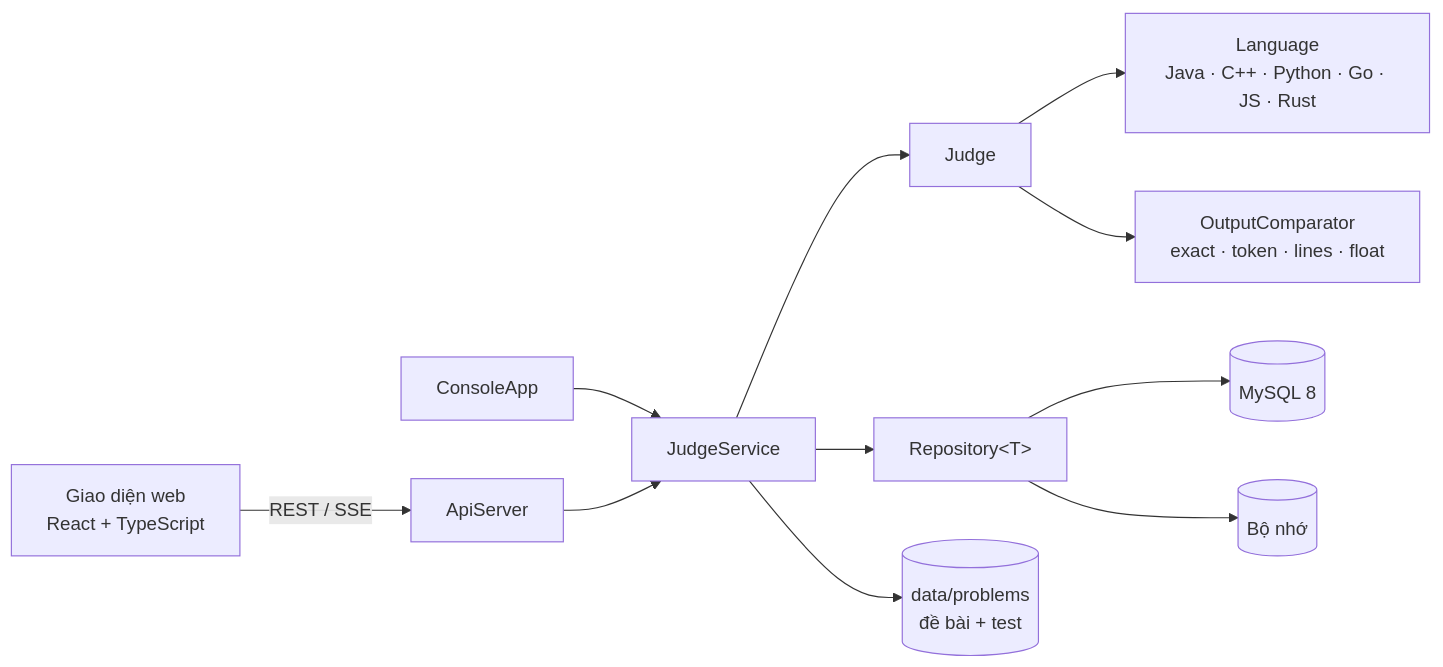
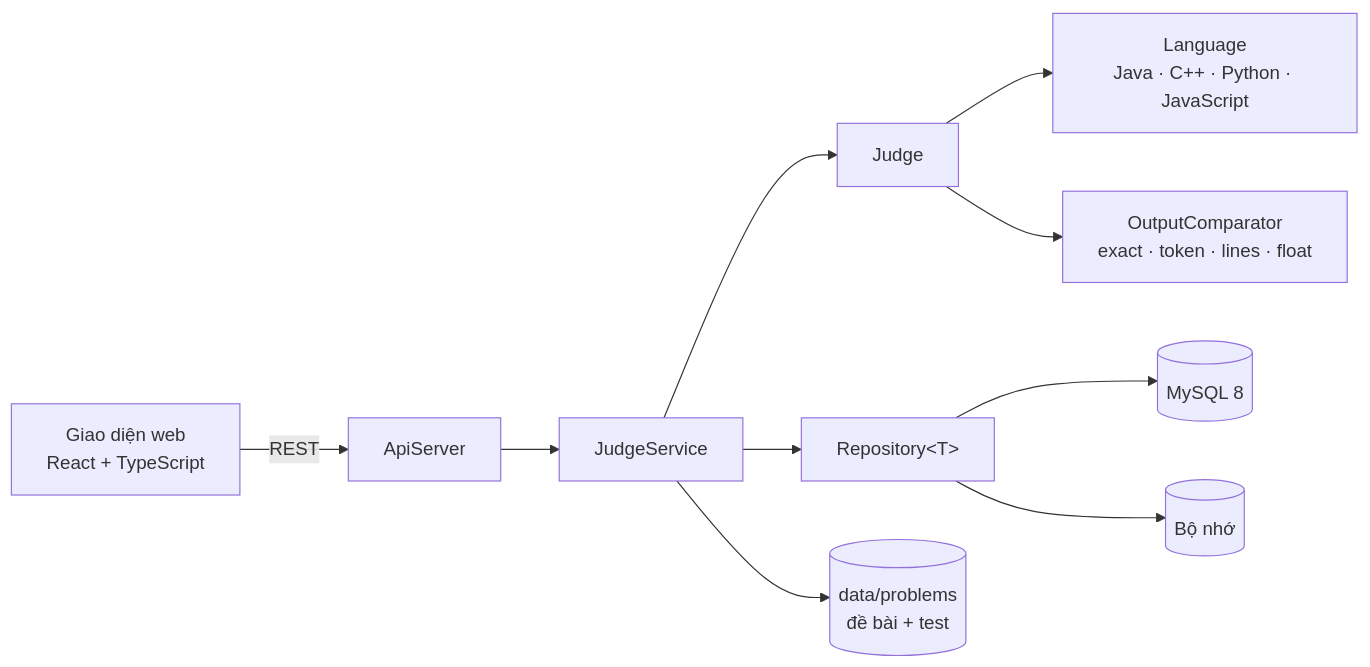
One commit to hienphung910/He-thong-cham-bai-lap-trinh-tu-dong changed the diagram in README.md. Above: the diagram before and after it, drawn with Mermaid. The commit also changed other lines of this file and 162 other files, not shown here.

````diff
--- a/README.md
+++ b/README.md
@@ -53,13 +52,12 @@
 ```mermaid
 flowchart LR
-    Web["Giao diện web<br/>React + TypeScript"] -- "REST / SSE" --> Api[ApiServer]
-    Console[ConsoleApp] --> Svc
+    Web["Giao diện web<br/>React + TypeScript"] -- "REST" --> Api[ApiServer]
     Api --> Svc[JudgeService]
     Svc --> Judge
-    Judge --> Lang["Language<br/>Java · C++ · Python · Go · JS · Rust"]
+    Judge --> Lang["Language<br/>Java · C++ · Python · JavaScript"]
     Judge --> Cmp["OutputComparator<br/>exact · token · lines · float"]
     Svc --> Repo["Repository#lt;T#gt;"]
     Repo --> MySQL[("MySQL 8")]
     Repo --> RAM[("Bộ nhớ")]
     Svc --> Disk[("data/problems<br/>đề bài + test")]
 ```
````
